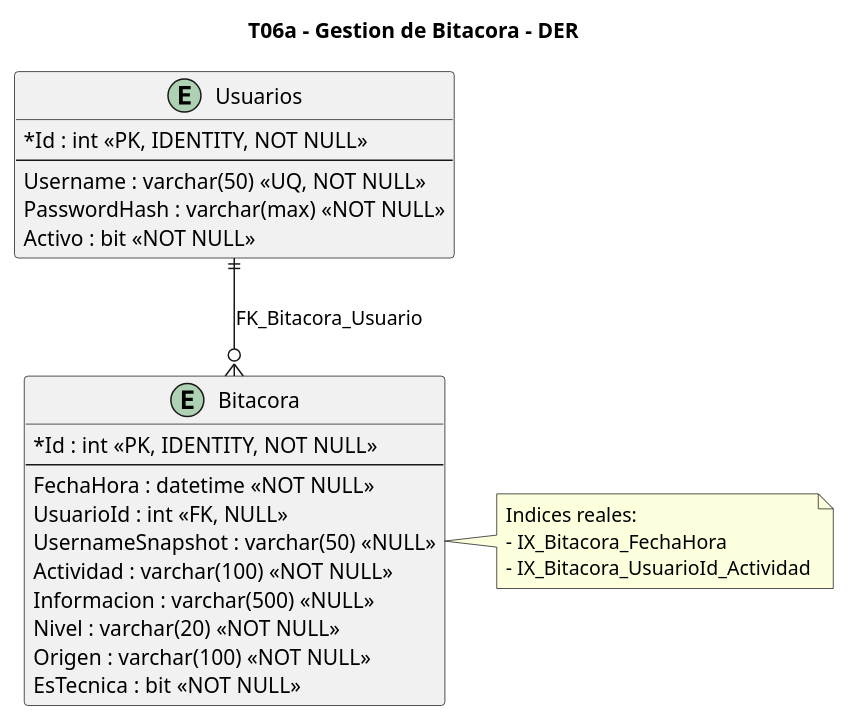
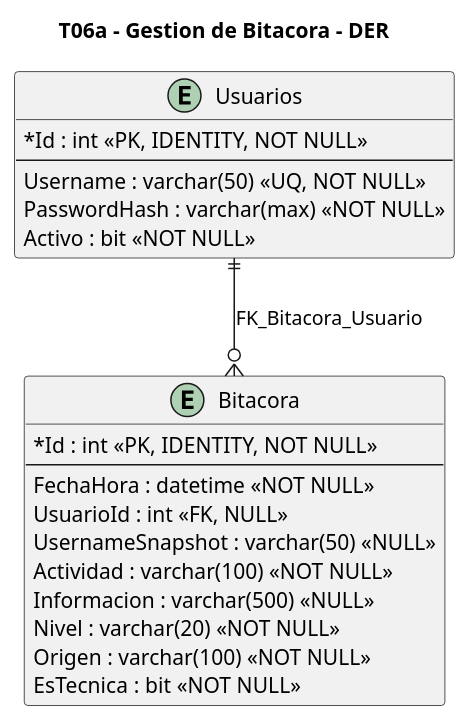
One commit to aggutierrez98/TP-TD changed the diagram in diagramas/T06a-bitacora/T06a-bitacora-datos.puml. Above: the diagram before and after it, drawn with PlantUML. The commit also changed 7 other files, not shown here.

Commit message:
Eliminar comentarios de diagramas

```diff
--- a/diagramas/T06a-bitacora/T06a-bitacora-datos.puml
+++ b/diagramas/T06a-bitacora/T06a-bitacora-datos.puml
@@ -1,37 +1,31 @@
 @startuml
 title T06a - Gestion de Bitacora - DER
 
 hide methods
 hide stereotypes
 skinparam classAttributeIconSize 0
 
 entity "Usuarios" as Usuarios {
   *Id : int <<PK, IDENTITY, NOT NULL>>
   --
   Username : varchar(50) <<UQ, NOT NULL>>
   PasswordHash : varchar(max) <<NOT NULL>>
   Activo : bit <<NOT NULL>>
 }
 
 entity "Bitacora" as Bitacora {
   *Id : int <<PK, IDENTITY, NOT NULL>>
   --
   FechaHora : datetime <<NOT NULL>>
   UsuarioId : int <<FK, NULL>>
   UsernameSnapshot : varchar(50) <<NULL>>
   Actividad : varchar(100) <<NOT NULL>>
   Informacion : varchar(500) <<NULL>>
   Nivel : varchar(20) <<NOT NULL>>
   Origen : varchar(100) <<NOT NULL>>
   EsTecnica : bit <<NOT NULL>>
 }
 
 Usuarios ||--o{ Bitacora : FK_Bitacora_Usuario
 
-note right of Bitacora
-  Indices reales:
-  - IX_Bitacora_FechaHora
-  - IX_Bitacora_UsuarioId_Actividad
-end note
-
 @enduml
```
